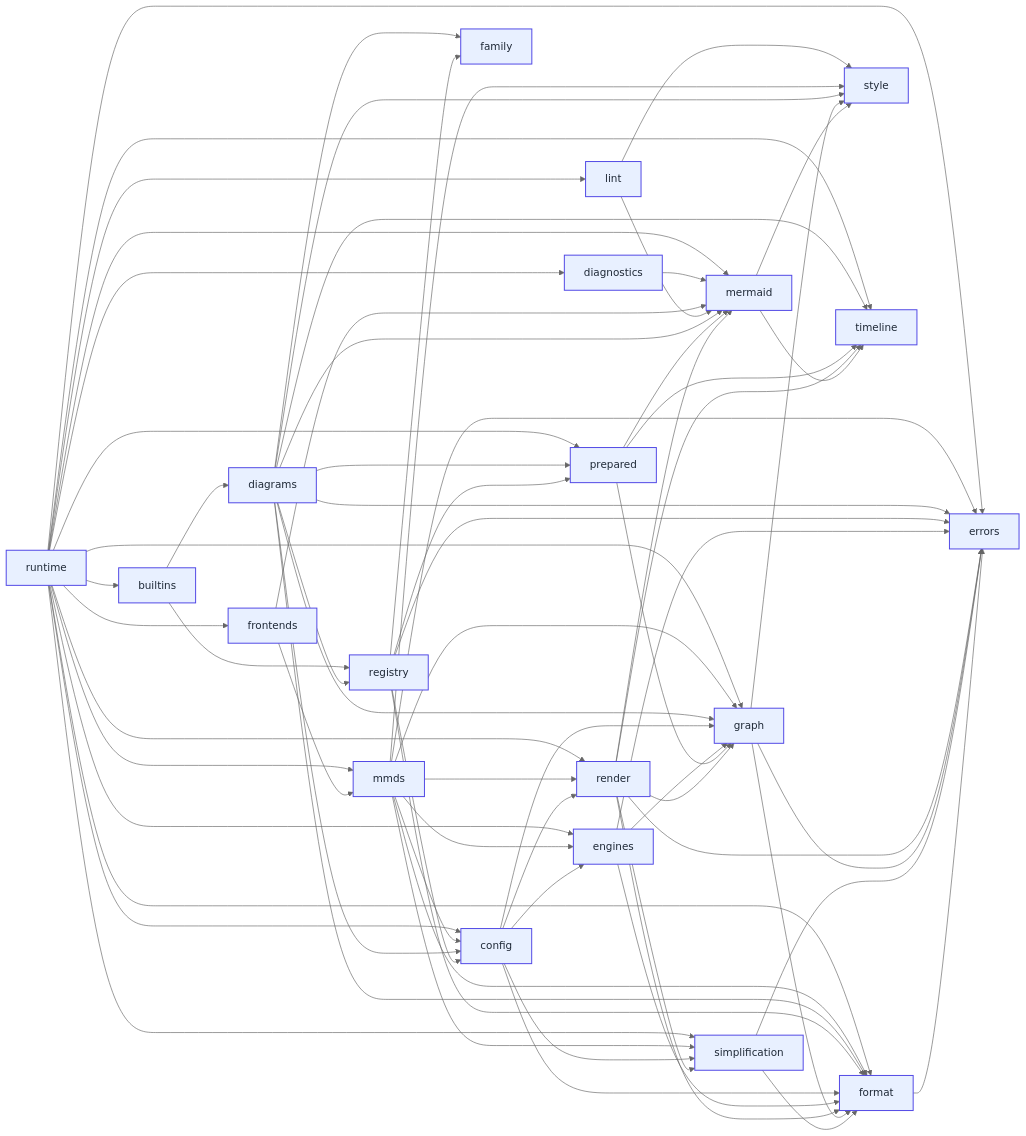
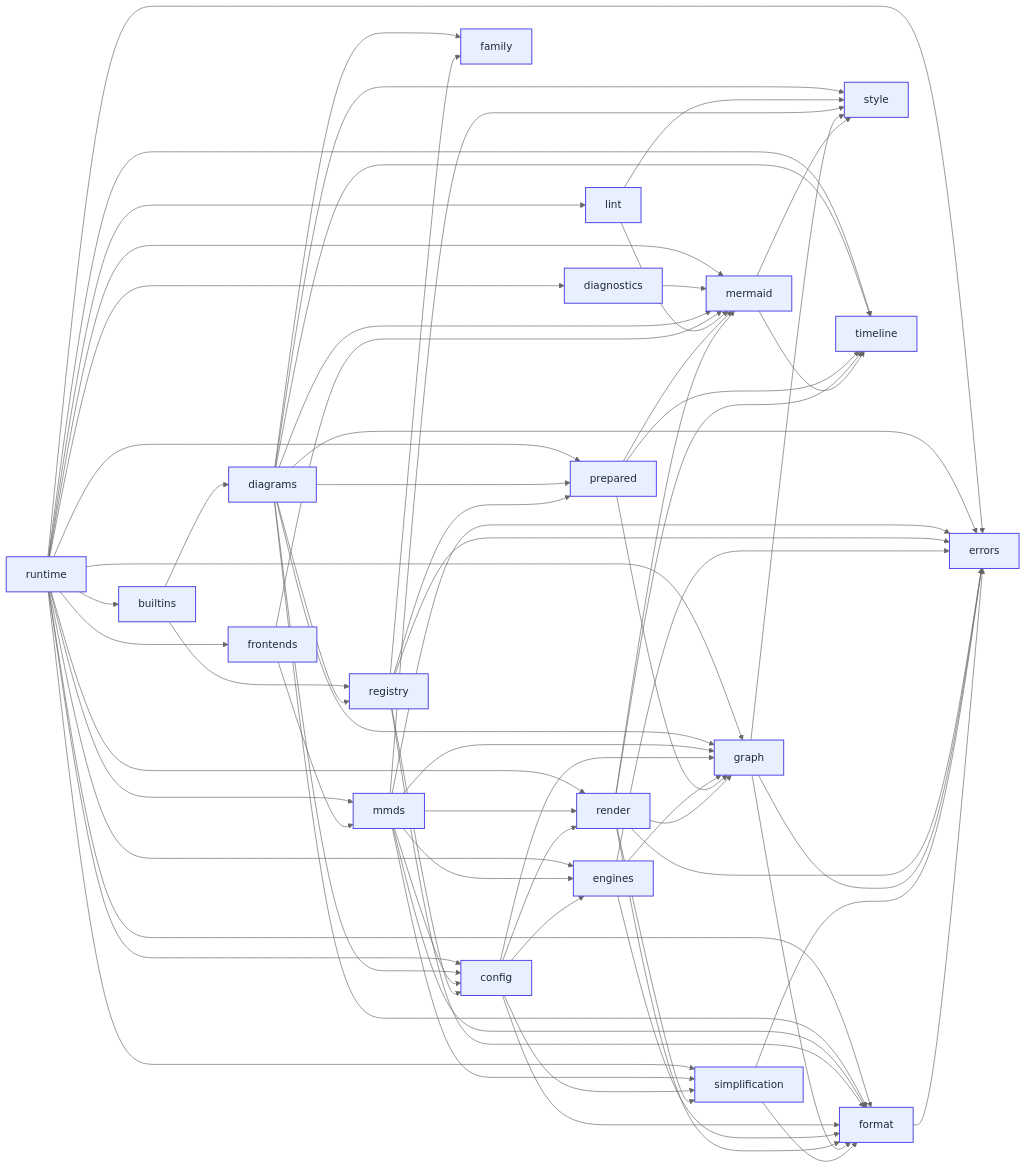
One commit to kevinswiber/mmdflux changed the diagram in docs/architecture/module-dependency-scc-dag.mmd. Above: the diagram before and after it, drawn with Mermaid (neutral theme). The commit also changed 36 other files, not shown here.

```diff
--- a/docs/architecture/module-dependency-scc-dag.mmd
+++ b/docs/architecture/module-dependency-scc-dag.mmd
@@ -1,99 +1,99 @@
 %% Generated by scripts/generate-rust-module-deps-scc.py
 %% crate-root: src/lib.rs
 %% max-depth: 1
 %% component-count: 20
 %% largest-scc-size: 1
 flowchart LR
     scc_19["runtime"]
-    scc_10["diagnostics"]
-    scc_16["frontends"]
-    scc_17["lint"]
-    scc_15["mmds"]
-    scc_18["builtins"]
-    scc_14["diagrams"]
-    scc_13["registry"]
+    scc_14["builtins"]
+    scc_15["diagnostics"]
+    scc_13["diagrams"]
+    scc_17["frontends"]
+    scc_18["lint"]
+    scc_16["mmds"]
+    scc_12["registry"]
     scc_9["config"]
     scc_4["engines"]
-    scc_11["family"]
-    scc_12["prepared"]
+    scc_10["family"]
+    scc_11["prepared"]
     scc_8["render"]
     scc_3["graph"]
     scc_6["mermaid"]
     scc_7["simplification"]
     scc_1["format"]
     scc_0["errors"]
     scc_2["style"]
     scc_5["timeline"]
     scc_19 --> scc_0
     scc_19 --> scc_1
     scc_19 --> scc_3
     scc_19 --> scc_4
     scc_19 --> scc_5
     scc_19 --> scc_6
     scc_19 --> scc_7
     scc_19 --> scc_8
     scc_19 --> scc_9
-    scc_19 --> scc_10
-    scc_19 --> scc_12
+    scc_19 --> scc_11
+    scc_19 --> scc_14
     scc_19 --> scc_15
     scc_19 --> scc_16
     scc_19 --> scc_17
     scc_19 --> scc_18
-    scc_10 --> scc_6
-    scc_16 --> scc_6
-    scc_16 --> scc_15
-    scc_17 --> scc_2
-    scc_17 --> scc_6
-    scc_15 --> scc_0
-    scc_15 --> scc_1
-    scc_15 --> scc_2
-    scc_15 --> scc_3
-    scc_15 --> scc_4
-    scc_15 --> scc_7
-    scc_15 --> scc_8
-    scc_15 --> scc_9
-    scc_18 --> scc_13
-    scc_18 --> scc_14
-    scc_14 --> scc_0
-    scc_14 --> scc_1
-    scc_14 --> scc_2
-    scc_14 --> scc_3
-    scc_14 --> scc_5
-    scc_14 --> scc_6
-    scc_14 --> scc_9
-    scc_14 --> scc_11
     scc_14 --> scc_12
     scc_14 --> scc_13
+    scc_15 --> scc_6
     scc_13 --> scc_0
     scc_13 --> scc_1
+    scc_13 --> scc_2
+    scc_13 --> scc_3
+    scc_13 --> scc_5
+    scc_13 --> scc_6
     scc_13 --> scc_9
+    scc_13 --> scc_10
     scc_13 --> scc_11
     scc_13 --> scc_12
+    scc_17 --> scc_6
+    scc_17 --> scc_16
+    scc_18 --> scc_2
+    scc_18 --> scc_6
+    scc_16 --> scc_0
+    scc_16 --> scc_1
+    scc_16 --> scc_2
+    scc_16 --> scc_3
+    scc_16 --> scc_4
+    scc_16 --> scc_7
+    scc_16 --> scc_8
+    scc_16 --> scc_9
+    scc_12 --> scc_0
+    scc_12 --> scc_1
+    scc_12 --> scc_9
+    scc_12 --> scc_10
+    scc_12 --> scc_11
     scc_9 --> scc_1
     scc_9 --> scc_3
     scc_9 --> scc_4
     scc_9 --> scc_7
     scc_9 --> scc_8
     scc_4 --> scc_0
     scc_4 --> scc_1
     scc_4 --> scc_3
-    scc_12 --> scc_3
-    scc_12 --> scc_5
-    scc_12 --> scc_6
+    scc_11 --> scc_3
+    scc_11 --> scc_5
+    scc_11 --> scc_6
     scc_8 --> scc_0
     scc_8 --> scc_1
     scc_8 --> scc_3
     scc_8 --> scc_5
     scc_8 --> scc_6
     scc_8 --> scc_7
     scc_3 --> scc_0
     scc_3 --> scc_1
     scc_3 --> scc_2
     scc_6 --> scc_2
     scc_6 --> scc_5
     scc_7 --> scc_0
     scc_7 --> scc_1
     scc_1 --> scc_0
     classDef cycle fill:#fbe4e6,stroke:#b42318,stroke-width:2px,color:#1f2937;
     classDef singleton fill:#e8f0ff,stroke:#4f46e5,stroke-width:1.5px,color:#1f2937;
     class scc_0,scc_1,scc_2,scc_3,scc_4,scc_5,scc_6,scc_7,scc_8,scc_9,scc_10,scc_11,scc_12,scc_13,scc_14,scc_15,scc_16,scc_17,scc_18,scc_19 singleton;
```
